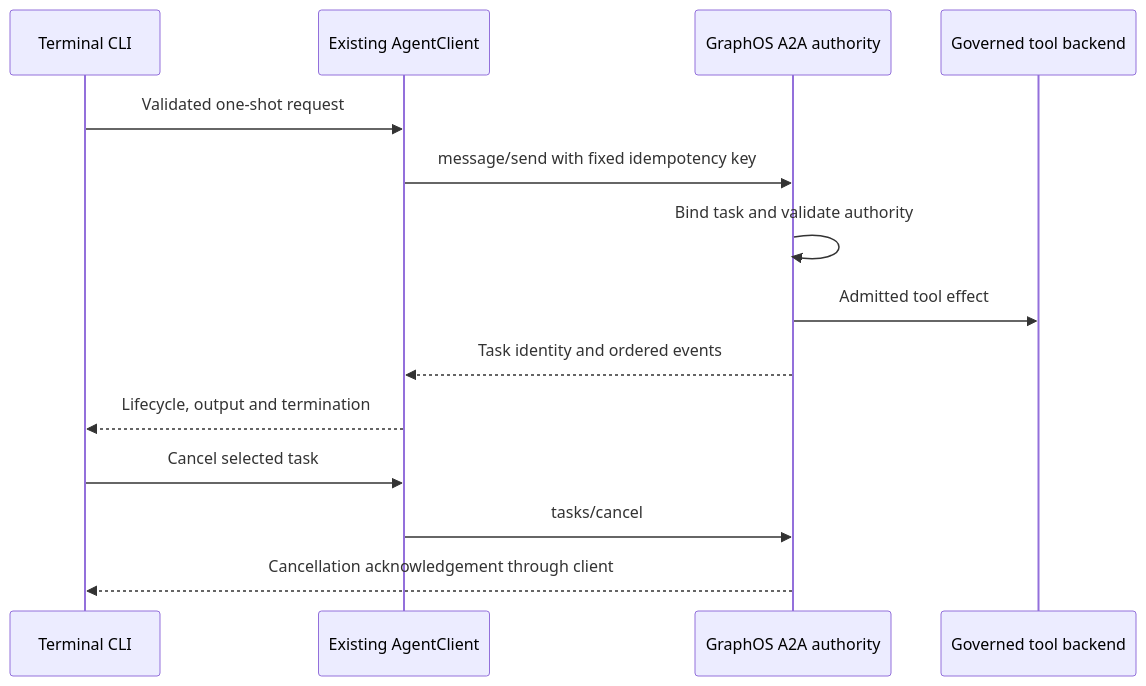
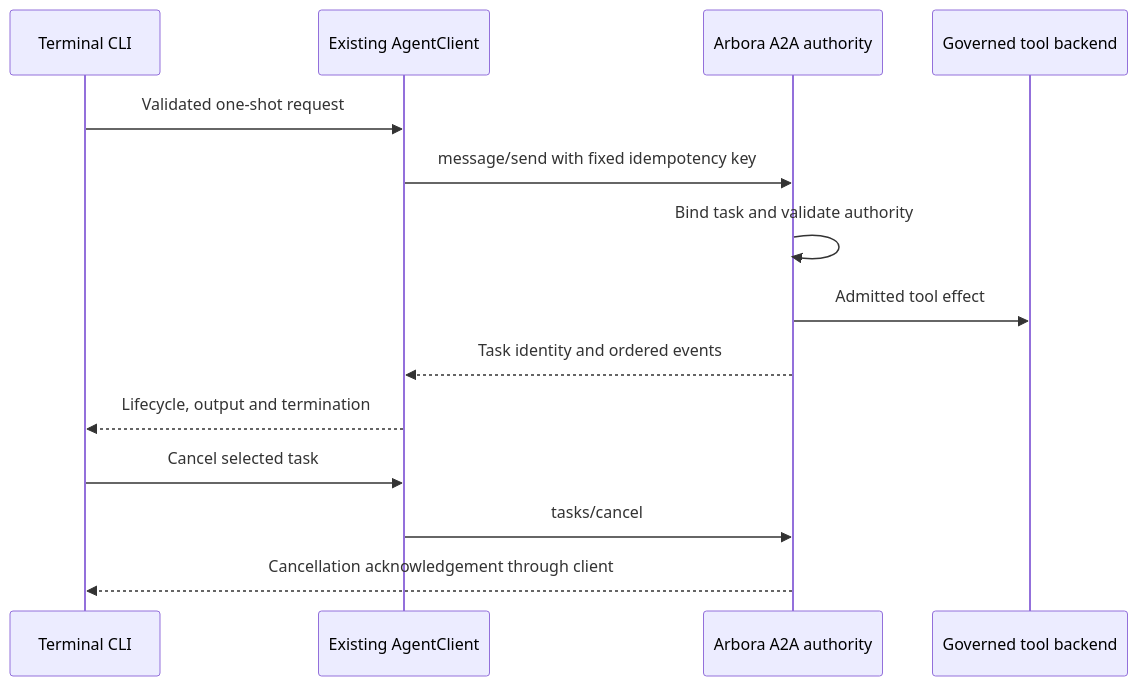
One commit to Knuckles-Team/agent-terminal-ui changed the diagram in specs/terminal-runtime/plan.md. Above: the diagram before and after it, drawn with Mermaid. The commit also changed other lines of this file and 48 other files, not shown here.

First line of the commit message:
chore: rename graph-os terminology to arbora

````diff
--- a/specs/terminal-runtime/plan.md
+++ b/specs/terminal-runtime/plan.md
@@ -371,16 +371,16 @@
 ```mermaid
 sequenceDiagram
   participant C as Terminal CLI
   participant T as Existing AgentClient
-  participant G as GraphOS A2A authority
+  participant G as Arbora A2A authority
   participant B as Governed tool backend
   C->>T: Validated one-shot request
   T->>G: message/send with fixed idempotency key
   G->>G: Bind task and validate authority
   G->>B: Admitted tool effect
   G-->>T: Task identity and ordered events
   T-->>C: Lifecycle, output and termination
   C->>T: Cancel selected task
   T->>G: tasks/cancel
   G-->>C: Cancellation acknowledgement through client
 ```
````
